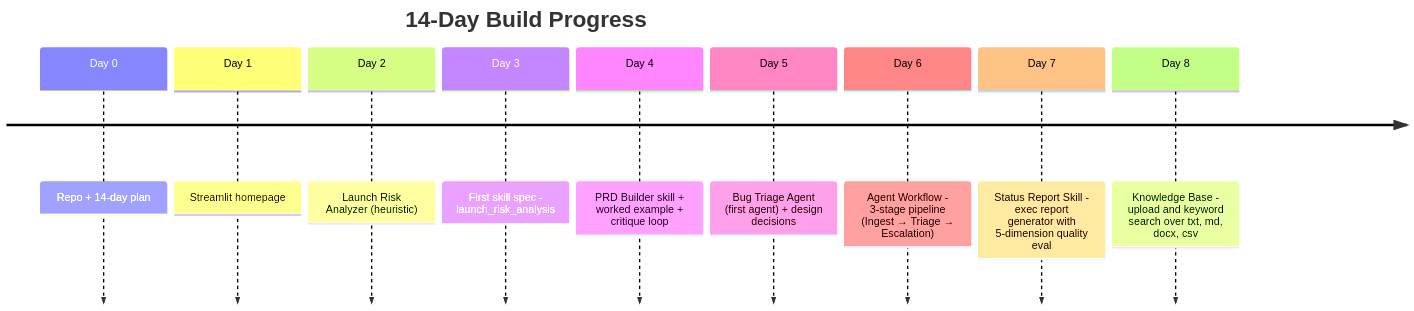
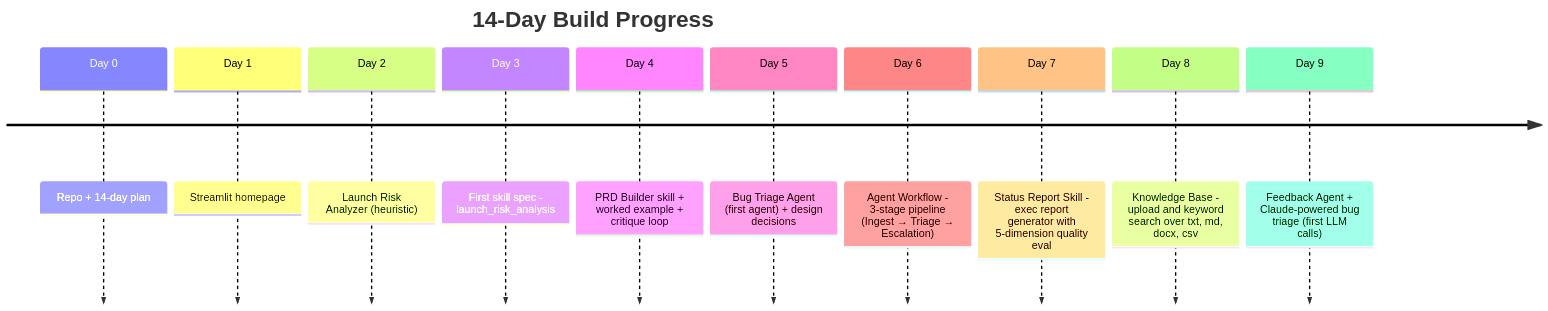
One commit to shwsingh/pm-tpm-ai-tools changed the first of 2 diagrams in README.md. Above: the diagram before and after it, drawn with Mermaid. The commit also changed other lines of this file and 5 other files, not shown here.

First line of the commit message:
Day 9 - Feedback Agent + Claude-powered bug triage

````diff
--- a/README.md
+++ b/README.md
@@ -84,13 +84,14 @@
 ```mermaid
 timeline
     title 14-Day Build Progress
     Day 0  : Repo + 14-day plan
     Day 1  : Streamlit homepage
     Day 2  : Launch Risk Analyzer (heuristic)
     Day 3  : First skill spec - launch_risk_analysis
     Day 4  : PRD Builder skill + worked example + critique loop
     Day 5  : Bug Triage Agent (first agent) + design decisions
     Day 6  : Agent Workflow - 3-stage pipeline (Ingest → Triage → Escalation)
     Day 7  : Status Report Skill - exec report generator with 5-dimension quality eval
     Day 8  : Knowledge Base - upload and keyword search over txt, md, docx, csv
+    Day 9  : Feedback Agent + Claude-powered bug triage (first LLM calls)
 ```
````
